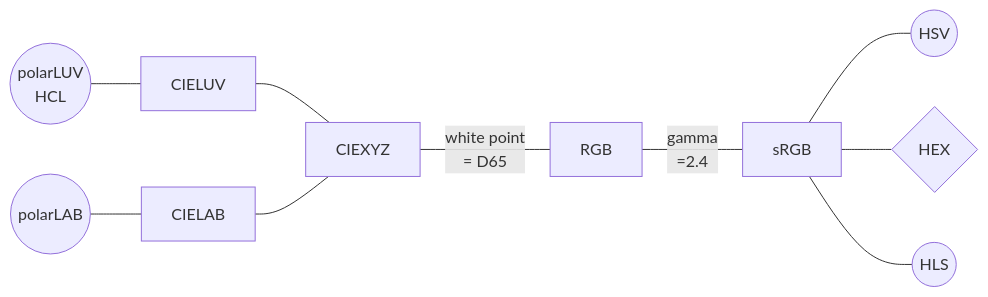
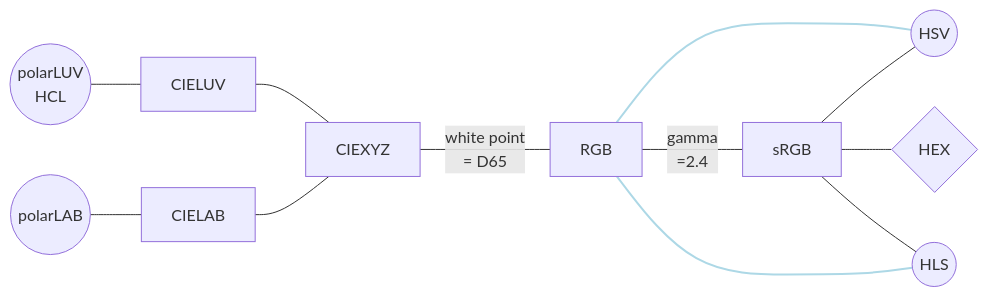
One commit to retostauffer/python-colorspace changed the diagram in _quarto/articles/color_spaces.qmd. Above: the diagram before and after it, drawn with Mermaid. The commit also changed 2 other files, not shown here.

Commit message:
feat: Adding tests for long and short routes RGB-HLS and back, as well as HSV and back

````diff
--- a/_quarto/articles/color_spaces.qmd
+++ b/_quarto/articles/color_spaces.qmd
@@ -19,10 +19,15 @@
 ```{mermaid}
 flowchart LR
   X[CIEXYZ]
   PLUV((polarLUV<br/>HCL)) --- LUV[CIELUV] --- X
   PLAB((polarLAB)) --- LAB[CIELAB] --- X
   X ---|white point<br>= D65| RGB[RGB] ---|gamma<br>=2.4| sRGB[sRGB]
+  RGB --- HSV
   sRGB --- HSV((HSV))
   sRGB --- hex{HEX}
   sRGB --- HLS((HLS))
+  RGB --- HLS
+
+  linkStyle 6 stroke-width:2px,fill:none,stroke:LightBlue;
+  linkStyle 10 stroke-width:2px,fill:none,stroke:LightBlue;
 ```
````
